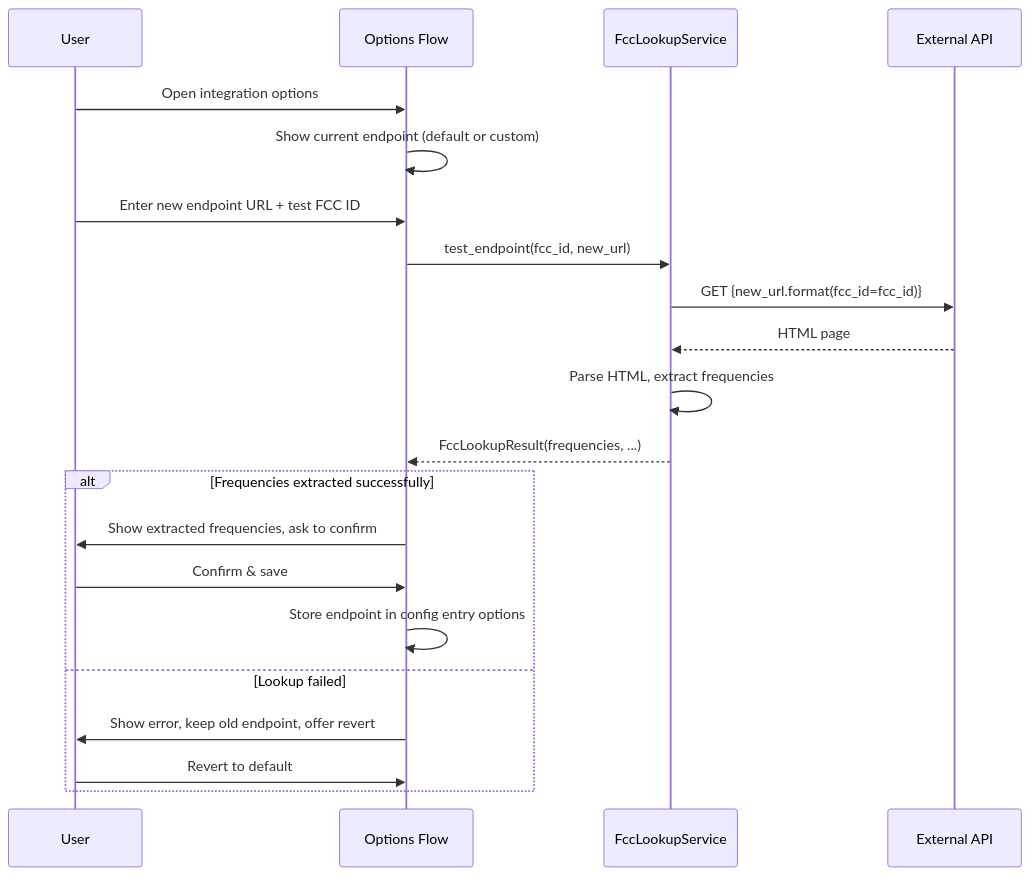
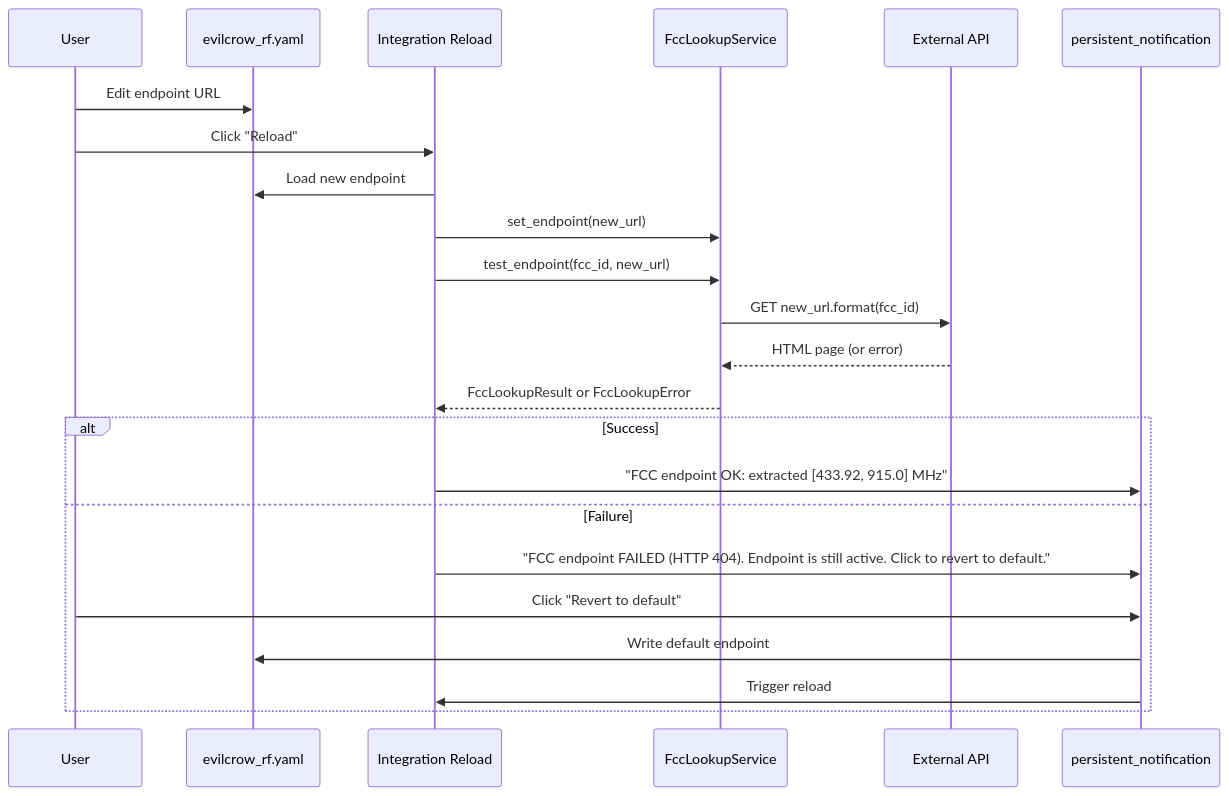
The sixth of 10 diagrams in hass/docs/plan.md (meowtochondria/EvilCrowRF-V2), drawn with Mermaid before and after one commit. The commit also changed other lines of this file, not shown here.

````diff
--- a/hass/docs/plan.md
+++ b/hass/docs/plan.md
@@ -700,24 +917,26 @@
 ```mermaid
 sequenceDiagram
     participant User
-    participant Options as Options Flow
+    participant YAML as evilcrow_rf.yaml
+    participant Reload as Integration Reload
     participant FccService as FccLookupService
     participant Web as External API
+    participant Notify as persistent_notification
 
-    User->>Options: Open integration options
-    Options->>Options: Show current endpoint (default or custom)
-    User->>Options: Enter new endpoint URL + test FCC ID
-    Options->>FccService: test_endpoint(fcc_id, new_url)
-    FccService->>Web: GET {new_url.format(fcc_id=fcc_id)}
-    Web-->>FccService: HTML page
-    FccService->>FccService: Parse HTML, extract frequencies
-    FccService-->>Options: FccLookupResult(frequencies, ...)
-    alt Frequencies extracted successfully
-        Options->>User: Show extracted frequencies, ask to confirm
-        User->>Options: Confirm & save
-        Options->>Options: Store endpoint in config entry options
-    else Lookup failed
-        Options->>User: Show error, keep old endpoint, offer revert
-        User->>Options: Revert to default
+    User->>YAML: Edit endpoint URL
+    User->>Reload: Click "Reload"
+    Reload->>YAML: Load new endpoint
+    Reload->>FccService: set_endpoint(new_url)
+    Reload->>FccService: test_endpoint(fcc_id, new_url)
+    FccService->>Web: GET new_url.format(fcc_id)
+    Web-->>FccService: HTML page (or error)
+    FccService-->>Reload: FccLookupResult or FccLookupError
+    alt Success
+        Reload->>Notify: "FCC endpoint OK: extracted [433.92, 915.0] MHz"
+    else Failure
+        Reload->>Notify: "FCC endpoint FAILED (HTTP 404). Endpoint is still active. Click to revert to default."
+        User->>Notify: Click "Revert to default"
+        Notify->>YAML: Write default endpoint
+        Notify->>Reload: Trigger reload
     end
 ```
````
